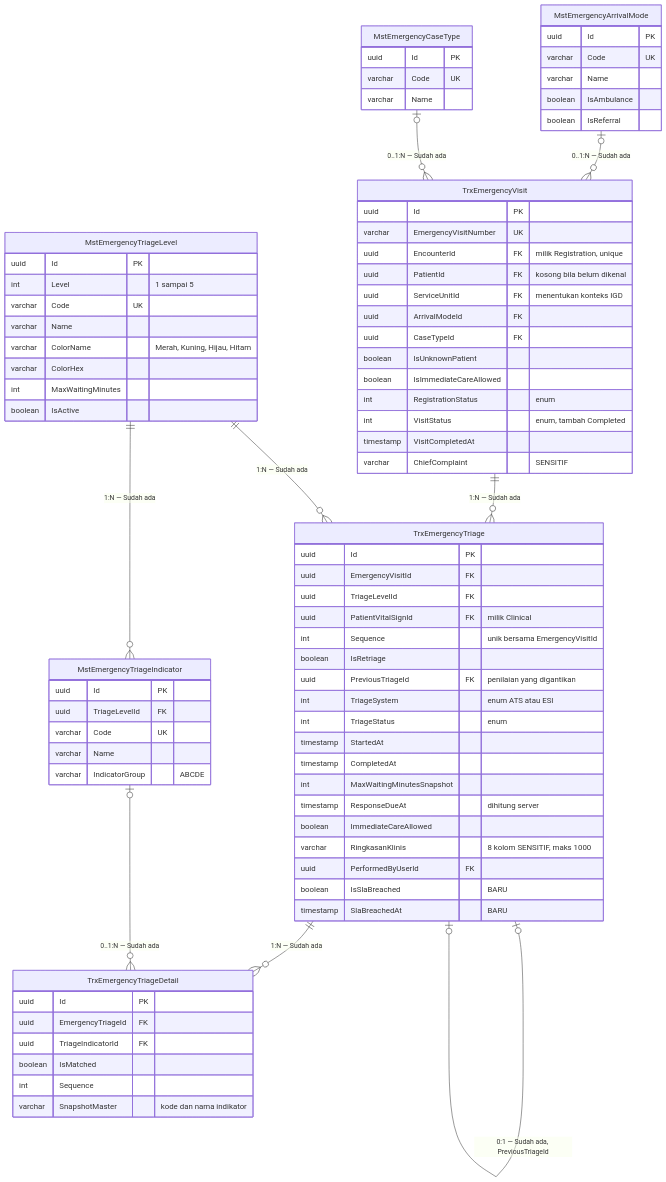
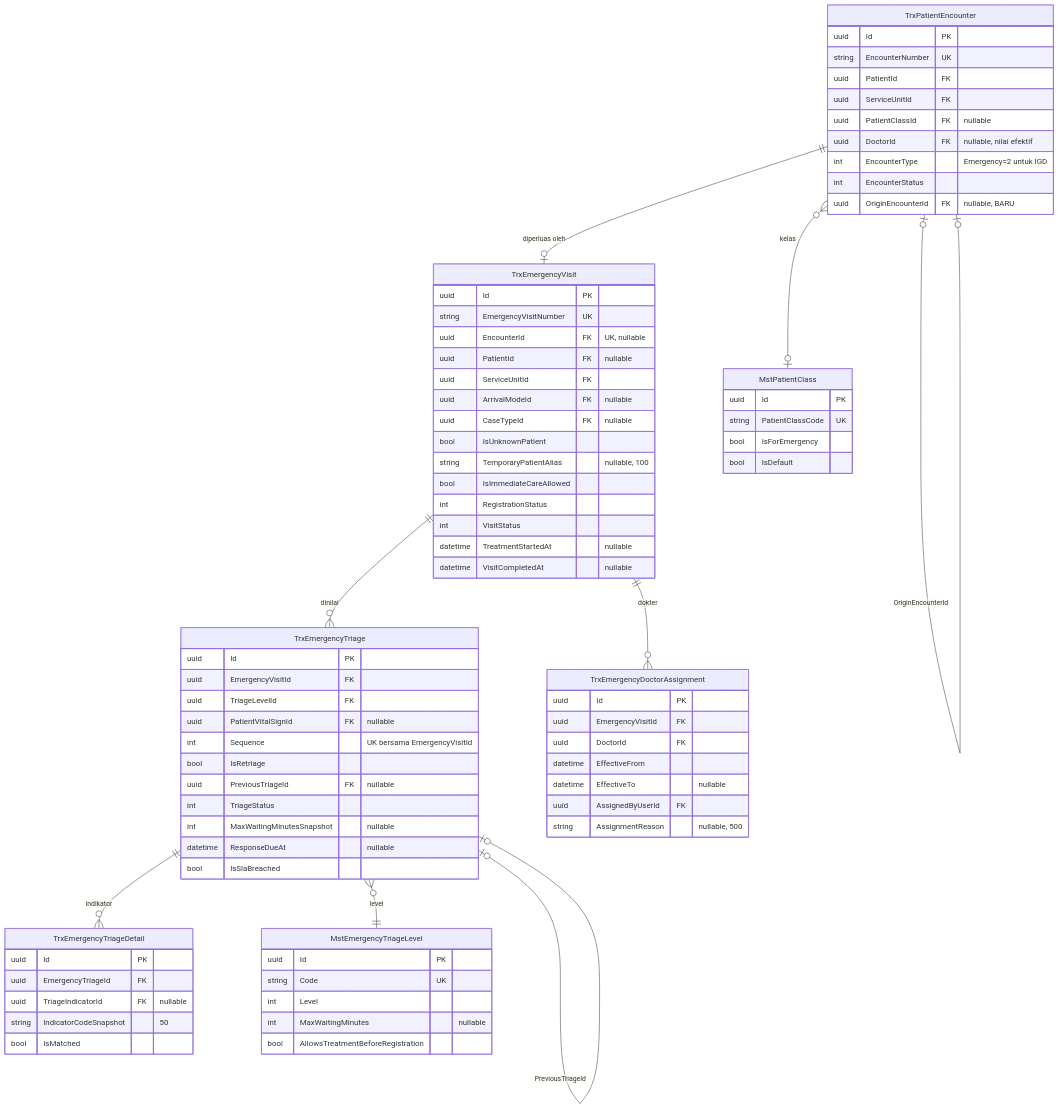
One commit to DevBenari/NewQuilvianSystemBackend changed the diagram in docs/module-blueprints/igd/erd/emergency-episode.md. Above: the diagram before and after it, drawn with Mermaid. The commit also changed other lines of this file and 35 other files, not shown here.

Commit message:
membuat roadmap iGD pengkajian pasien dan transfer pasien

````diff
--- a/docs/module-blueprints/igd/erd/emergency-episode.md
+++ b/docs/module-blueprints/igd/erd/emergency-episode.md
@@ -21,83 +14,81 @@
 ```mermaid
 erDiagram
+    TrxPatientEncounter {
+        uuid Id PK
+        string EncounterNumber UK
+        uuid PatientId FK
+        uuid ServiceUnitId FK
+        uuid PatientClassId FK "nullable"
+        uuid DoctorId FK "nullable, nilai efektif"
+        int EncounterType "Emergency=2 untuk IGD"
+        int EncounterStatus
+        uuid OriginEncounterId FK "nullable, BARU"
+    }
     TrxEmergencyVisit {
         uuid Id PK
-        varchar EmergencyVisitNumber UK
-        uuid EncounterId FK "milik Registration, unique"
-        uuid PatientId FK "kosong bila belum dikenal"
-        uuid ServiceUnitId FK "menentukan konteks IGD"
-        uuid ArrivalModeId FK
-        uuid CaseTypeId FK
-        boolean IsUnknownPatient
-        boolean IsImmediateCareAllowed
-        int RegistrationStatus "enum"
-        int VisitStatus "enum, tambah Completed"
-        timestamp VisitCompletedAt
-        varchar ChiefComplaint "SENSITIF"
+        string EmergencyVisitNumber UK
+        uuid EncounterId FK "UK, nullable"
+        uuid PatientId FK "nullable"
+        uuid ServiceUnitId FK
+        uuid ArrivalModeId FK "nullable"
+        uuid CaseTypeId FK "nullable"
+        bool IsUnknownPatient
+        string TemporaryPatientAlias "nullable, 100"
+        bool IsImmediateCareAllowed
+        int RegistrationStatus
+        int VisitStatus
+        datetime TreatmentStartedAt "nullable"
+        datetime VisitCompletedAt "nullable"
     }
     TrxEmergencyTriage {
         uuid Id PK
         uuid EmergencyVisitId FK
         uuid TriageLevelId FK
-        uuid PatientVitalSignId FK "milik Clinical"
-        int Sequence "unik bersama EmergencyVisitId"
-        boolean IsRetriage
-        uuid PreviousTriageId FK "penilaian yang digantikan"
-        int TriageSystem "enum ATS atau ESI"
-        int TriageStatus "enum"
-        timestamp StartedAt
-        timestamp CompletedAt
-        int MaxWaitingMinutesSnapshot
-        timestamp ResponseDueAt "dihitung server"
-        boolean ImmediateCareAllowed
-        varchar RingkasanKlinis "8 kolom SENSITIF, maks 1000"
-        uuid PerformedByUserId FK
-        boolean IsSlaBreached "BARU"
-        timestamp SlaBreachedAt "BARU"
+        uuid PatientVitalSignId FK "nullable"
+        int Sequence "UK bersama EmergencyVisitId"
+        bool IsRetriage
+        uuid PreviousTriageId FK "nullable"
+        int TriageStatus
+        int MaxWaitingMinutesSnapshot "nullable"
+        datetime ResponseDueAt "nullable"
+        bool IsSlaBreached
     }
     TrxEmergencyTriageDetail {
         uuid Id PK
         uuid EmergencyTriageId FK
-        uuid TriageIndicatorId FK
-        boolean IsMatched
-        int Sequence
-        varchar SnapshotMaster "kode dan nama indikator"
+        uuid TriageIndicatorId FK "nullable"
+        string IndicatorCodeSnapshot "50"
+        bool IsMatched
+    }
+    TrxEmergencyDoctorAssignment {
+        uuid Id PK
+        uuid EmergencyVisitId FK
+        uuid DoctorId FK
+        datetime EffectiveFrom
+        datetime EffectiveTo "nullable"
+        uuid AssignedByUserId FK
+        string AssignmentReason "nullable, 500"
     }
     MstEmergencyTriageLevel {
         uuid Id PK
-        int Level "1 sampai 5"
-        varchar Code UK
-        varchar Name
-        varchar ColorName "Merah, Kuning, Hijau, Hitam"
-        varchar ColorHex
-        int MaxWaitingMinutes
-        boolean IsActive
+        string Code UK
+        int Level
+        int MaxWaitingMinutes "nullable"
+        bool AllowsTreatmentBeforeRegistration
     }
-    MstEmergencyTriageIndicator {
+    MstPatientClass {
         uuid Id PK
-        uuid TriageLevelId FK
-        varchar Code UK
-        varchar Name
-        varchar IndicatorGroup "ABCDE"
+        string PatientClassCode UK
+        bool IsForEmergency
+        bool IsDefault
     }
-    MstEmergencyArrivalMode {
-        uuid Id PK
-        varchar Code UK
-        varchar Name
-        boolean IsAmbulance
-        boolean IsReferral
-    }
-    MstEmergencyCaseType {
-        uuid Id PK
-        varchar Code UK
-        varchar Name
-    }
-    TrxEmergencyVisit ||--o{ TrxEmergencyTriage : "1:N — Sudah ada"
-    TrxEmergencyTriage ||--o{ TrxEmergencyTriageDetail : "1:N — Sudah ada"
-    TrxEmergencyTriage |o--o| TrxEmergencyTriage : "0:1 — Sudah ada, PreviousTriageId"
-    MstEmergencyTriageLevel ||--o{ TrxEmergencyTriage : "1:N — Sudah ada"
-    MstEmergencyTriageLevel ||--o{ MstEmergencyTriageIndicator : "1:N — Sudah ada"
-    MstEmergencyTriageIndicator |o--o{ TrxEmergencyTriageDetail : "0..1:N — Sudah ada"
-    MstEmergencyArrivalMode |o--o{ TrxEmergencyVisit : "0..1:N — Sudah ada"
-    MstEmergencyCaseType |o--o{ TrxEmergencyVisit : "0..1:N — Sudah ada"
+
+    TrxPatientEncounter ||--o| TrxEmergencyVisit : "diperluas oleh"
+    TrxPatientEncounter |o--o| TrxPatientEncounter : "OriginEncounterId"
+    TrxPatientEncounter }o--o| MstPatientClass : "kelas"
+    TrxEmergencyVisit ||--o{ TrxEmergencyTriage : "dinilai"
+    TrxEmergencyTriage ||--o{ TrxEmergencyTriageDetail : "indikator"
+    TrxEmergencyTriage |o--o| TrxEmergencyTriage : "PreviousTriageId"
+    TrxEmergencyTriage }o--|| MstEmergencyTriageLevel : "level"
+    TrxEmergencyVisit ||--o{ TrxEmergencyDoctorAssignment : "dokter"
 ```
````
